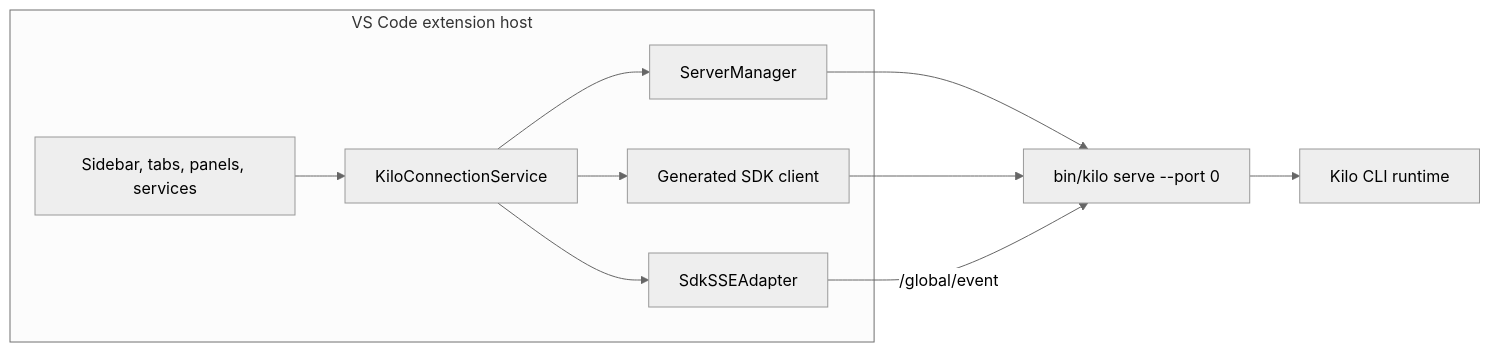
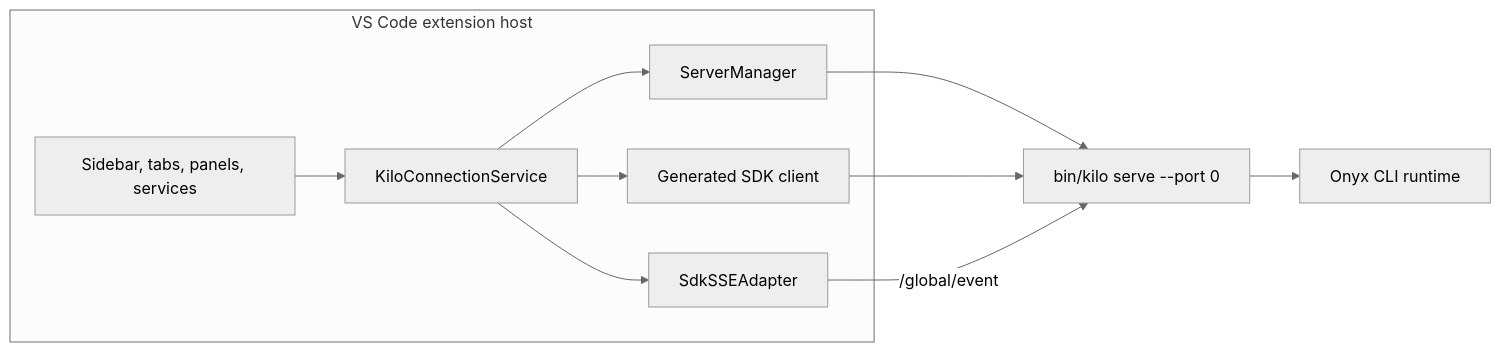
The diagram in onyx/packages/kilo-docs/pages/contributing/architecture/vscode-extension.md (Manash8666/oynx), drawn with Mermaid (neutral theme) before and after one commit. The commit also changed other lines of this file and 1535 other files, not shown here.

Commit message:
chore(branding): exhaustive purge of legacy kilo and external git references, updated to Onyx

````diff
--- a/onyx/packages/kilo-docs/pages/contributing/architecture/vscode-extension.md
+++ b/onyx/packages/kilo-docs/pages/contributing/architecture/vscode-extension.md
@@ -20,19 +20,19 @@
 ```mermaid
 flowchart LR
   subgraph host ["VS Code extension host"]
     consumers["Sidebar, tabs, panels, services"]
     service["KiloConnectionService"]
     manager["ServerManager"]
     sdk["Generated SDK client"]
     sse["SdkSSEAdapter"]
   end
 
   server["bin/kilo serve --port 0"]
-  runtime["Kilo CLI runtime"]
+  runtime["Onyx CLI runtime"]
 
   consumers --> service
   service --> manager --> server
   service --> sdk --> server
   service --> sse -->|/global/event| server
   server --> runtime
 ```
````
